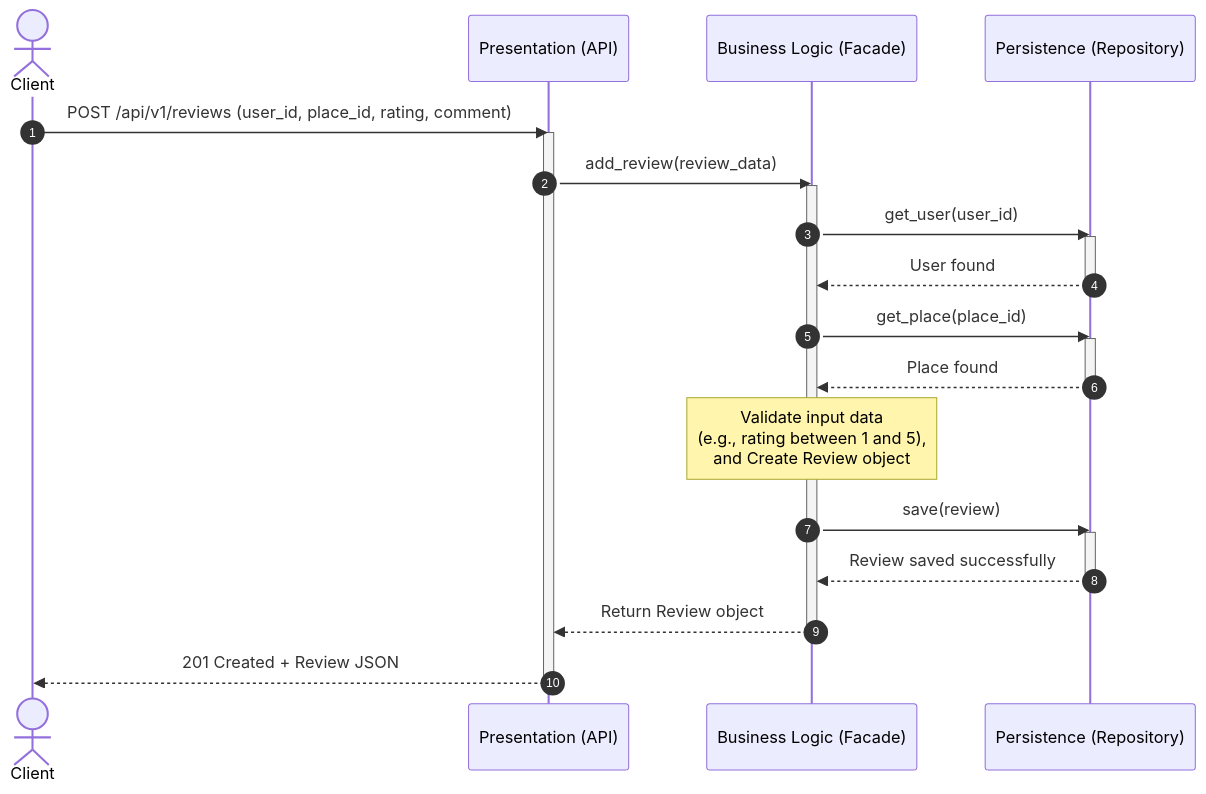
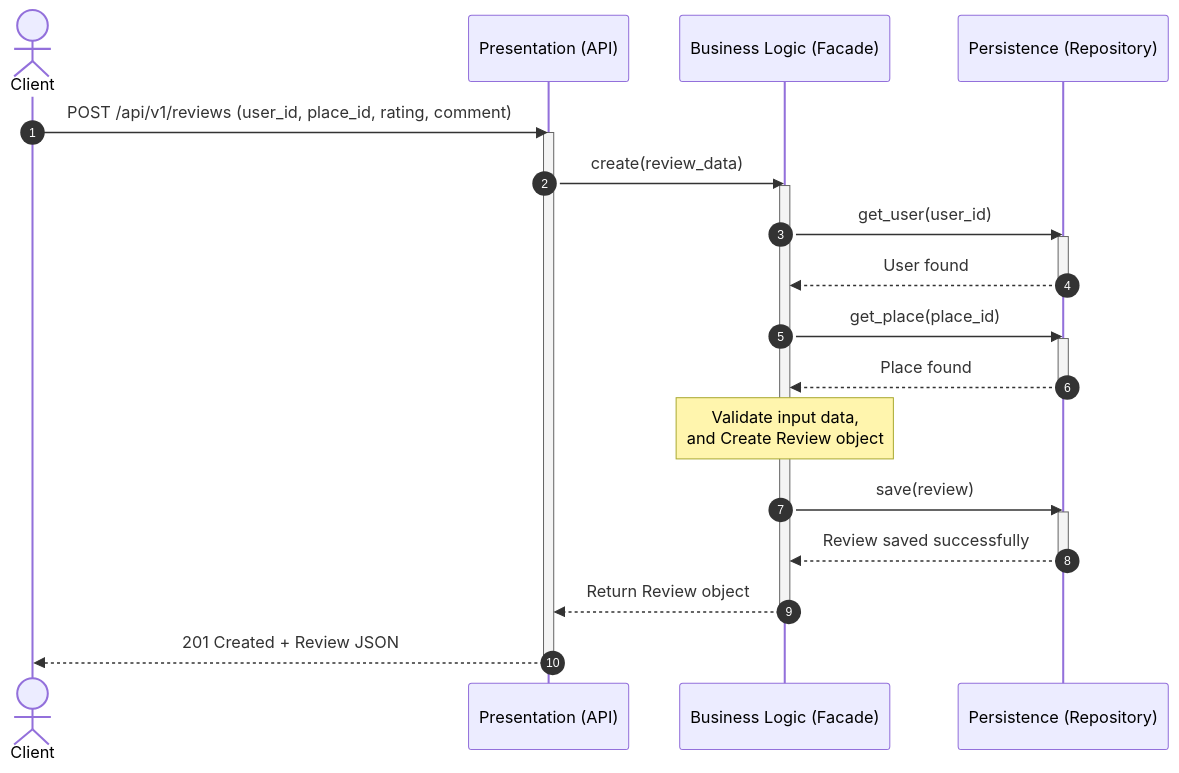
One commit to brdga4/holbertonschool-hbnb changed the diagram in part1/sequence_diagrams/review_submission.md. Above: the diagram before and after it, drawn with Mermaid.

Commit message:
Update Review Submission

````diff
--- a/part1/sequence_diagrams/review_submission.md
+++ b/part1/sequence_diagrams/review_submission.md
@@ -1,38 +1,38 @@
 ```mermaid
 sequenceDiagram
     actor Client
     participant API as Presentation (API)
     participant Facade as Business Logic (Facade)
     participant Repo as Persistence (Repository)
 
     autonumber
 
     Client->>API: POST /api/v1/reviews (user_id, place_id, rating, comment)
     activate API
 
-    API->>Facade: add_review(review_data)
+    API->>Facade: create(review_data)
     activate Facade
 
     Facade->>Repo: get_user(user_id)
     activate Repo
     Repo-->>Facade: User found
     deactivate Repo
 
     Facade->>Repo: get_place(place_id)
     activate Repo
     Repo-->>Facade: Place found
     deactivate Repo
 
-    Note over Facade: Validate input data<br/>(e.g., rating between 1 and 5),<br/>and Create Review object
+    Note over Facade: Validate input data,<br/>and Create Review object
 
     Facade->>Repo: save(review)
     activate Repo
     Repo-->>Facade: Review saved successfully
     deactivate Repo
 
     Facade-->>API: Return Review object
     deactivate Facade
 
     API-->>Client: 201 Created + Review JSON
     deactivate API
 ```
````
